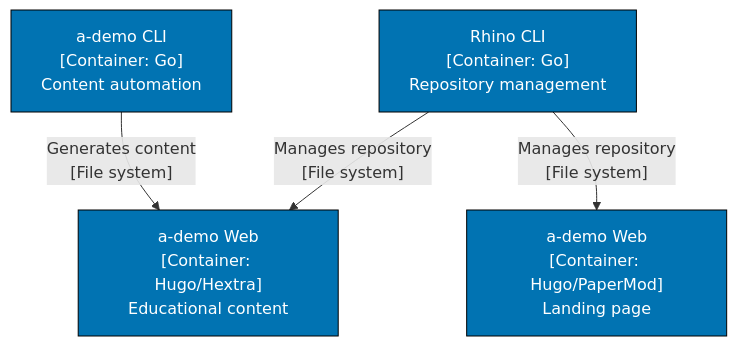
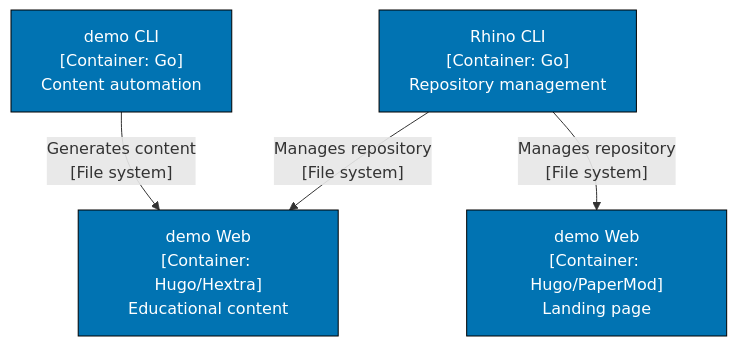
One commit to wahidyankf/ose-primer changed the first of 2 diagrams in docs/explanation/software-engineering/architecture/c4-architecture-model/nx-workspace-visualization.md. Above: the diagram before and after it, drawn with Mermaid. The commit also changed other lines of this file and 3064 other files, not shown here.

````diff
--- a/docs/explanation/software-engineering/architecture/c4-architecture-model/nx-workspace-visualization.md
+++ b/docs/explanation/software-engineering/architecture/c4-architecture-model/nx-workspace-visualization.md
@@ -48,13 +48,13 @@
 ```mermaid
 graph TD
-    OseWeb["a-demo Web<br/>[Container: Hugo/PaperMod]<br/>Landing page"]:::blue
-    AyoWeb["a-demo Web<br/>[Container: Hugo/Hextra]<br/>Educational content"]:::blue
-    AyoCLI["a-demo CLI<br/>[Container: Go]<br/>Content automation"]:::blue
+    OseWeb["demo Web<br/>[Container: Hugo/PaperMod]<br/>Landing page"]:::blue
+    AyoWeb["demo Web<br/>[Container: Hugo/Hextra]<br/>Educational content"]:::blue
+    AyoCLI["demo CLI<br/>[Container: Go]<br/>Content automation"]:::blue
     RhinoCLI["Rhino CLI<br/>[Container: Go]<br/>Repository management"]:::blue
 
     AyoCLI -->|"Generates content<br/>[File system]"| AyoWeb
     RhinoCLI -->|"Manages repository<br/>[File system]"| OseWeb
     RhinoCLI -->|"Manages repository<br/>[File system]"| AyoWeb
 
     classDef blue fill:#0173B2,stroke:#000,color:#FFF
 ```
````
